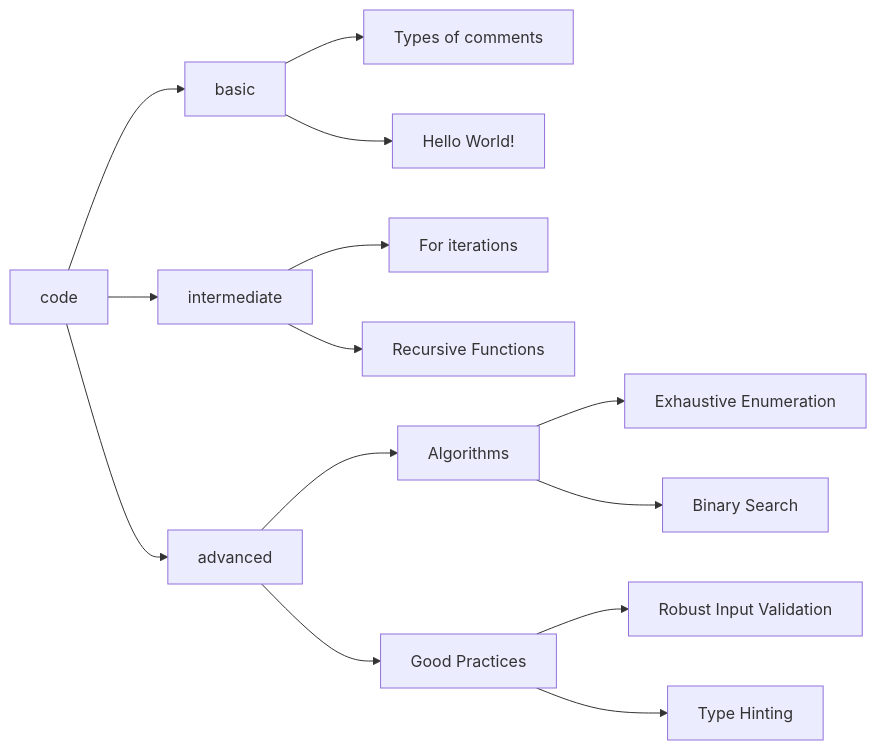
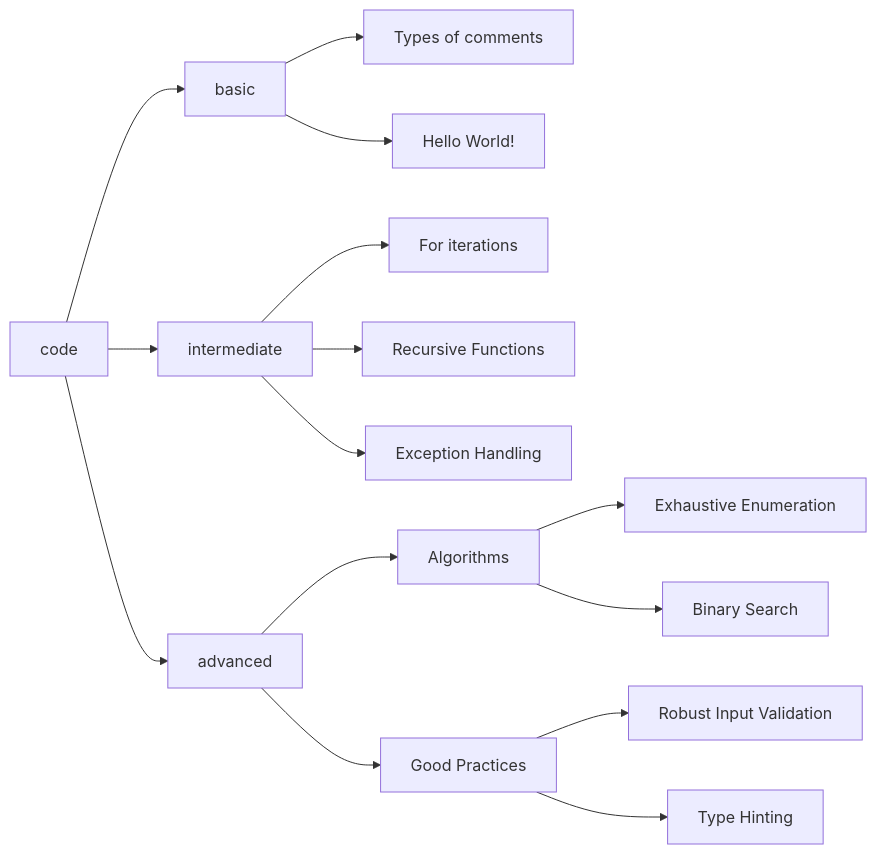
Before and after one commit to seyerjo/learn-python-by-examples: the diagram in README.md, drawn with Mermaid. The commit also changed other lines of this file and 17 other files, not shown here.

````diff
--- a/README.md
+++ b/README.md
@@ -29,16 +29,17 @@
 ```mermaid
 graph LR
     A[code] --> B[basic];
     A --> C[intermediate];
     A --> D[advanced];
     B --> E[Types of comments];
     B --> F[Hello World!];
     C --> G[For iterations];
     C --> H[Recursive Functions];
+    C --> O[Exception Handling];
     D --> I[Algorithms];
     I --> J[Exhaustive Enumeration];
     I --> K[Binary Search];
     D --> L[Good Practices];
     L --> M[Robust Input Validation];
     L --> N[Type Hinting];
 ```
````
